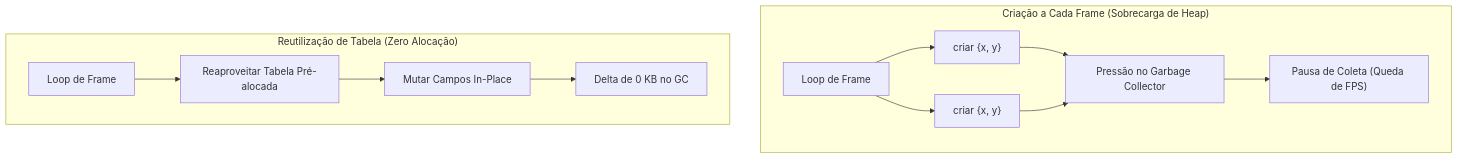
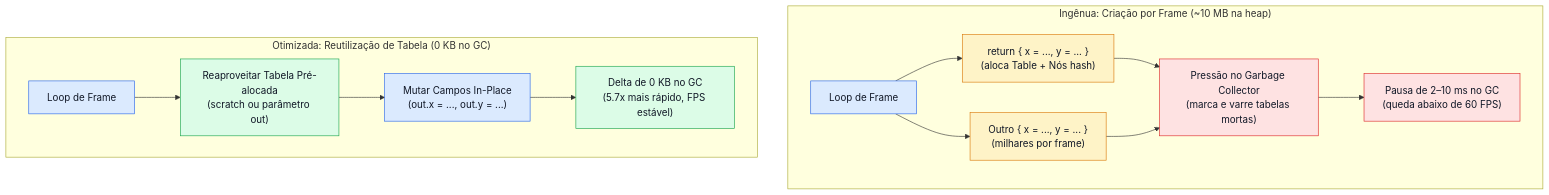
Before and after one commit to LevyArsOS/lua-lessons: the diagram in lessons/TableReuse/Tutorial/pt-br.md, drawn with Mermaid. The commit also changed other lines of this file and 3 other files, not shown here.

First line of the commit message:
docs(tutorials): expand TableReuse and upgrade ObjectPooling diagrams

````diff
--- a/lessons/TableReuse/Tutorial/pt-br.md
+++ b/lessons/TableReuse/Tutorial/pt-br.md
@@ -31,16 +32,21 @@
 ```mermaid
 flowchart TD
-    subgraph NaivePattern["Criação a Cada Frame (Sobrecarga de Heap)"]
-        F["Loop de Frame"] --> T1["criar {x, y}"]
-        F --> T2["criar {x, y}"]
-        T1 --> GC["Pressão no Garbage Collector"]
+    classDef slow fill:#fee2e2,stroke:#dc2626,color:#111827
+    classDef fast fill:#dcfce7,stroke:#16a34a,color:#111827
+    classDef vm fill:#dbeafe,stroke:#2563eb,color:#111827
+    classDef warn fill:#fef3c7,stroke:#d97706,color:#111827
+
+    subgraph NaivePattern["Ingênua: Criação por Frame (~10 MB na heap)"]
+        F["Loop de Frame"]:::vm --> T1["return { x = ..., y = ... }<br/>(aloca Table + Nós hash)"]:::warn
+        F --> T2["Outro { x = ..., y = ... }<br/>(milhares por frame)"]:::warn
+        T1 --> GC["Pressão no Garbage Collector<br/>(marca e varre tabelas mortas)"]:::slow
         T2 --> GC
-        GC --> Pause["Pausa de Coleta (Queda de FPS)"]
+        GC --> Pause["Pausa de 2–10 ms no GC<br/>(queda abaixo de 60 FPS)"]:::slow
     end
 
-    subgraph OptimizedPattern["Reutilização de Tabela (Zero Alocação)"]
-        F2["Loop de Frame"] --> S["Reaproveitar Tabela Pré-alocada"]
-        S --> Mut["Mutar Campos In-Place"]
-        Mut --> Steady["Delta de 0 KB no GC"]
+    subgraph OptimizedPattern["Otimizada: Reutilização de Tabela (0 KB no GC)"]
+        F2["Loop de Frame"]:::vm --> S["Reaproveitar Tabela Pré-alocada<br/>(scratch ou parâmetro out)"]:::fast
+        S --> Mut["Mutar Campos In-Place<br/>(out.x = ..., out.y = ...)"]:::vm
+        Mut --> Steady["Delta de 0 KB no GC<br/>(5.7x mais rápido, FPS estável)"]:::fast
     end
 ```
````
